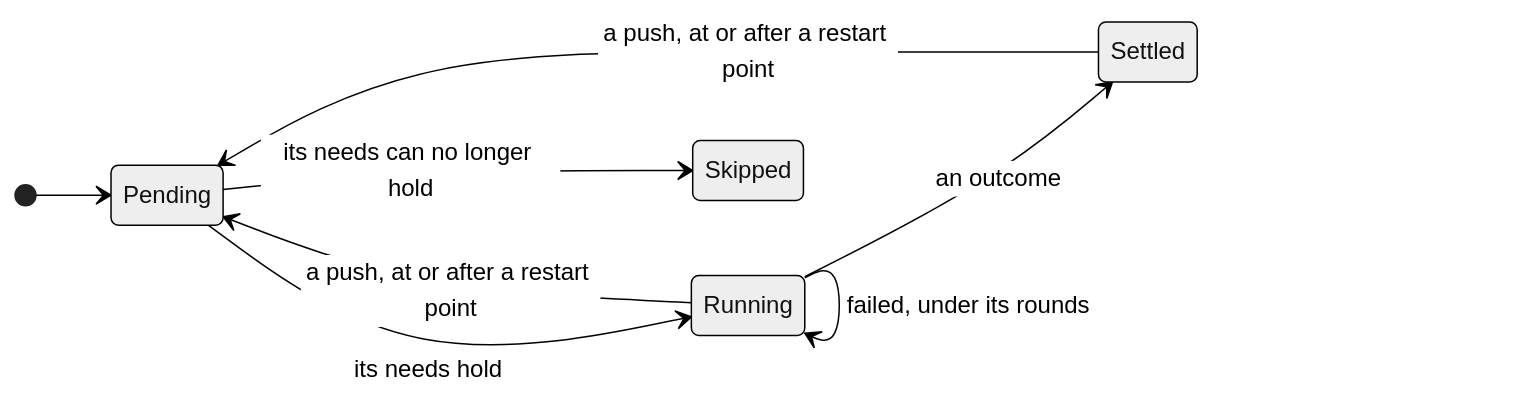
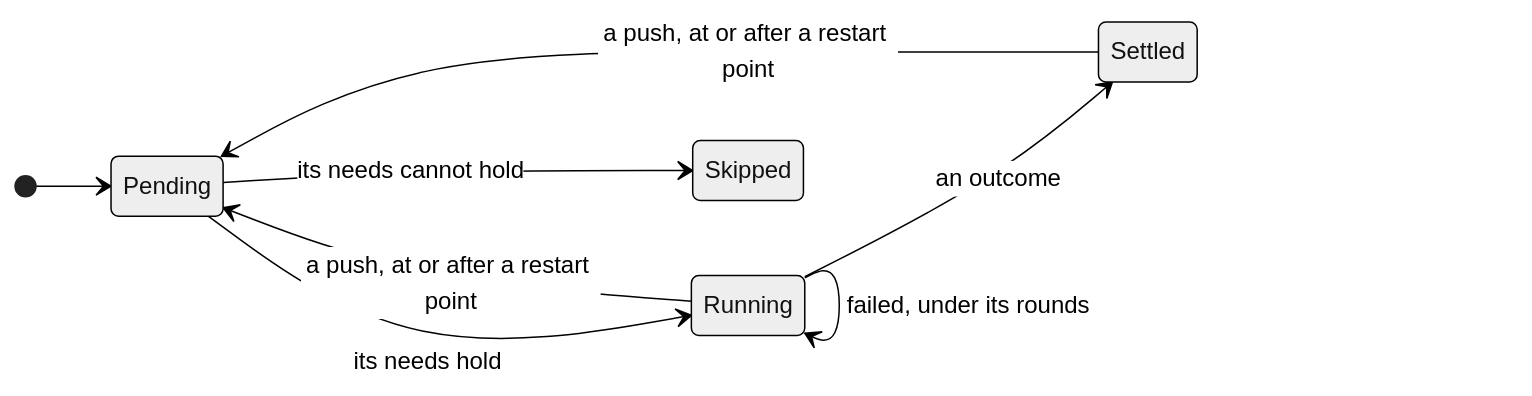
Before and after one commit to StevenJPx2/atelier: the second of 2 diagrams in docs/plans/slices/slice-3.md, drawn with Mermaid (neutral theme). The commit also changed other lines of this file and 48 other files, not shown here.

````diff
--- a/docs/plans/slices/slice-3.md
+++ b/docs/plans/slices/slice-3.md
@@ -462,11 +462,11 @@
 ```mermaid
 stateDiagram-v2
     direction LR
     [*] --> Pending
     Pending --> Running: its needs hold
-    Pending --> Skipped: its needs can no longer hold
+    Pending --> Skipped: its needs cannot hold
     Running --> Running: failed, under its rounds
     Running --> Settled: an outcome
     Running --> Pending: a push, at or after a restart point
     Settled --> Pending: a push, at or after a restart point
 ```
````
